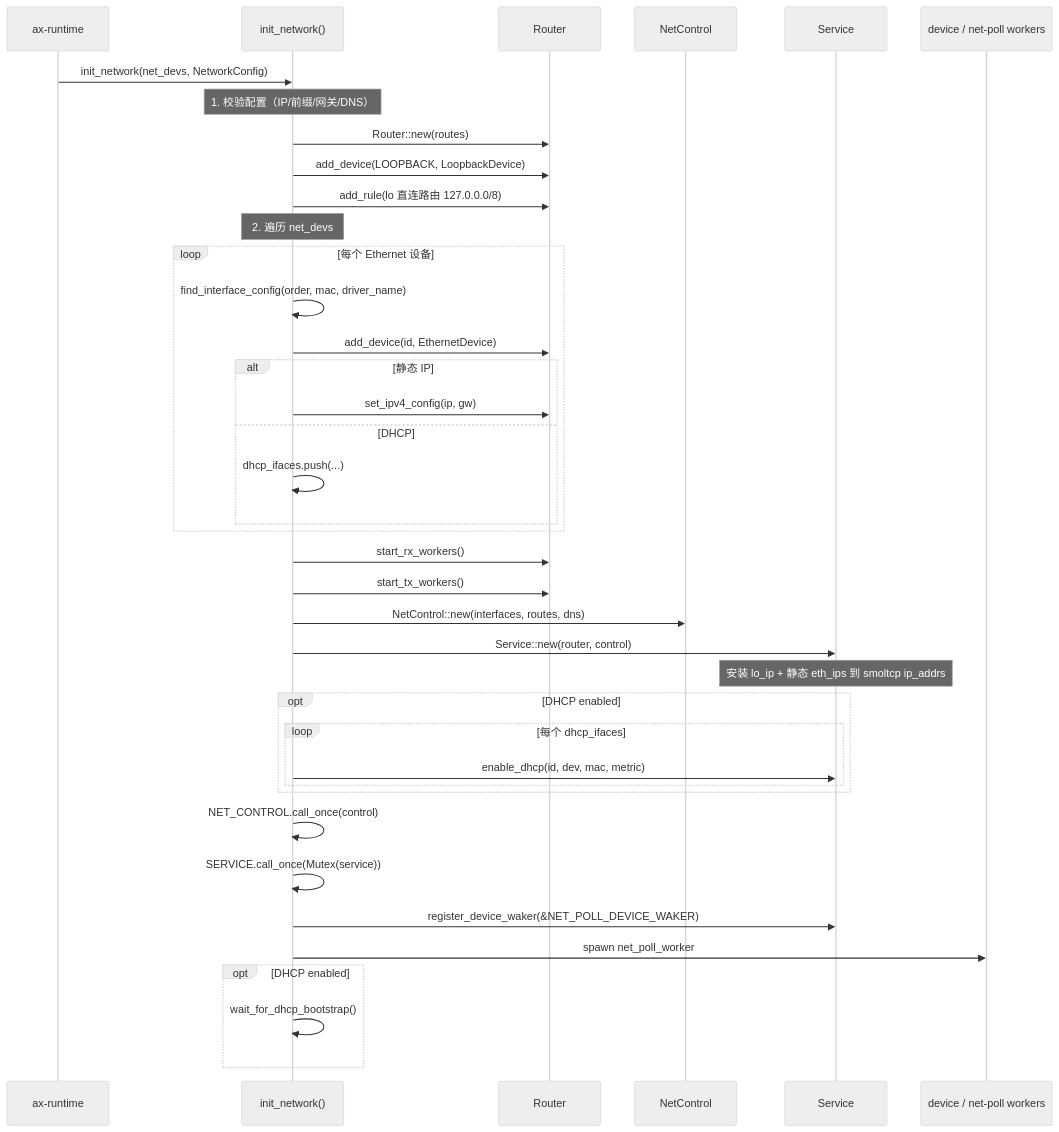
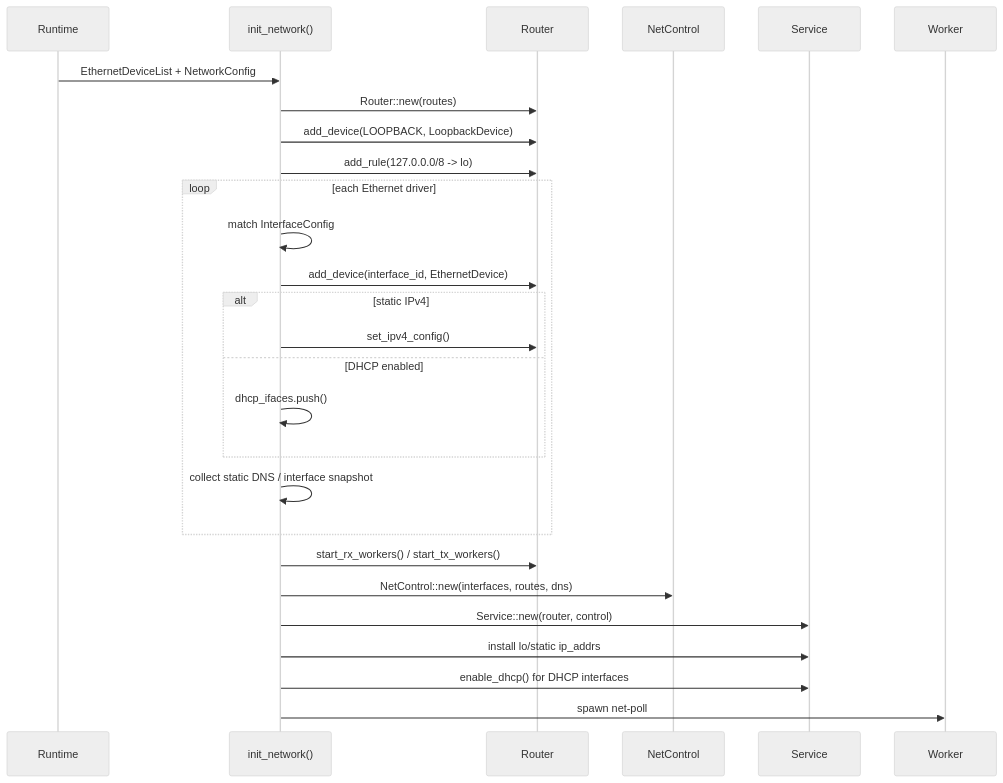
One commit to rcore-os/tgoskits changed the second of 4 diagrams in docs/docs/architecture/net/flows.md. Above: the diagram before and after it, drawn with Mermaid (neutral theme). The commit also changed other lines of this file and 8 other files, not shown here.

Commit message:
docs(net): rewrite architecture docs with design boundaries, source mappings, and expanded test matrix

````diff
--- a/docs/docs/architecture/net/flows.md
+++ b/docs/docs/architecture/net/flows.md
@@ -16,42 +64,30 @@
 ```mermaid
 sequenceDiagram
-    participant Runtime as ax-runtime
-    participant AxNet as init_network()
-    participant Router as Router
+    participant Runtime
+    participant Init as init_network()
+    participant Router
     participant Control as NetControl
-    participant Service as Service
-    participant Worker as device / net-poll workers
+    participant Service
+    participant Worker
 
-    Runtime->>AxNet: init_network(net_devs, NetworkConfig)
-    Note over AxNet: 1. 校验配置（IP/前缀/网关/DNS）
-    AxNet->>Router: Router::new(routes)
-    AxNet->>Router: add_device(LOOPBACK, LoopbackDevice)
-    AxNet->>Router: add_rule(lo 直连路由 127.0.0.0/8)
-    Note over AxNet: 2. 遍历 net_devs
-    loop 每个 Ethernet 设备
-        AxNet->>AxNet: find_interface_config(order, mac, driver_name)
-        AxNet->>Router: add_device(id, EthernetDevice)
-        alt 静态 IP
-            AxNet->>Router: set_ipv4_config(ip, gw)
-        else DHCP
-            AxNet->>AxNet: dhcp_ifaces.push(...)
+    Runtime->>Init: EthernetDeviceList + NetworkConfig
+    Init->>Router: Router::new(routes)
+    Init->>Router: add_device(LOOPBACK, LoopbackDevice)
+    Init->>Router: add_rule(127.0.0.0/8 -> lo)
+    loop each Ethernet driver
+        Init->>Init: match InterfaceConfig
+        Init->>Router: add_device(interface_id, EthernetDevice)
+        alt static IPv4
+            Init->>Router: set_ipv4_config()
+        else DHCP enabled
+            Init->>Init: dhcp_ifaces.push()
         end
+        Init->>Init: collect static DNS / interface snapshot
     end
-    AxNet->>Router: start_rx_workers()
-    AxNet->>Router: start_tx_workers()
-    AxNet->>Control: NetControl::new(interfaces, routes, dns)
-    AxNet->>Service: Service::new(router, control)
-    Note over Service: 安装 lo_ip + 静态 eth_ips 到 smoltcp ip_addrs
-    opt DHCP enabled
-        loop 每个 dhcp_ifaces
-            AxNet->>Service: enable_dhcp(id, dev, mac, metric)
-        end
-    end
-    AxNet->>AxNet: NET_CONTROL.call_once(control)
-    AxNet->>AxNet: SERVICE.call_once(Mutex(service))
-    AxNet->>Service: register_device_waker(&NET_POLL_DEVICE_WAKER)
-    AxNet->>Worker: spawn net_poll_worker
-    opt DHCP enabled
-        AxNet->>AxNet: wait_for_dhcp_bootstrap()
-    end
+    Init->>Router: start_rx_workers() / start_tx_workers()
+    Init->>Control: NetControl::new(interfaces, routes, dns)
+    Init->>Service: Service::new(router, control)
+    Init->>Service: install lo/static ip_addrs
+    Init->>Service: enable_dhcp() for DHCP interfaces
+    Init->>Worker: spawn net-poll
 ```
````
